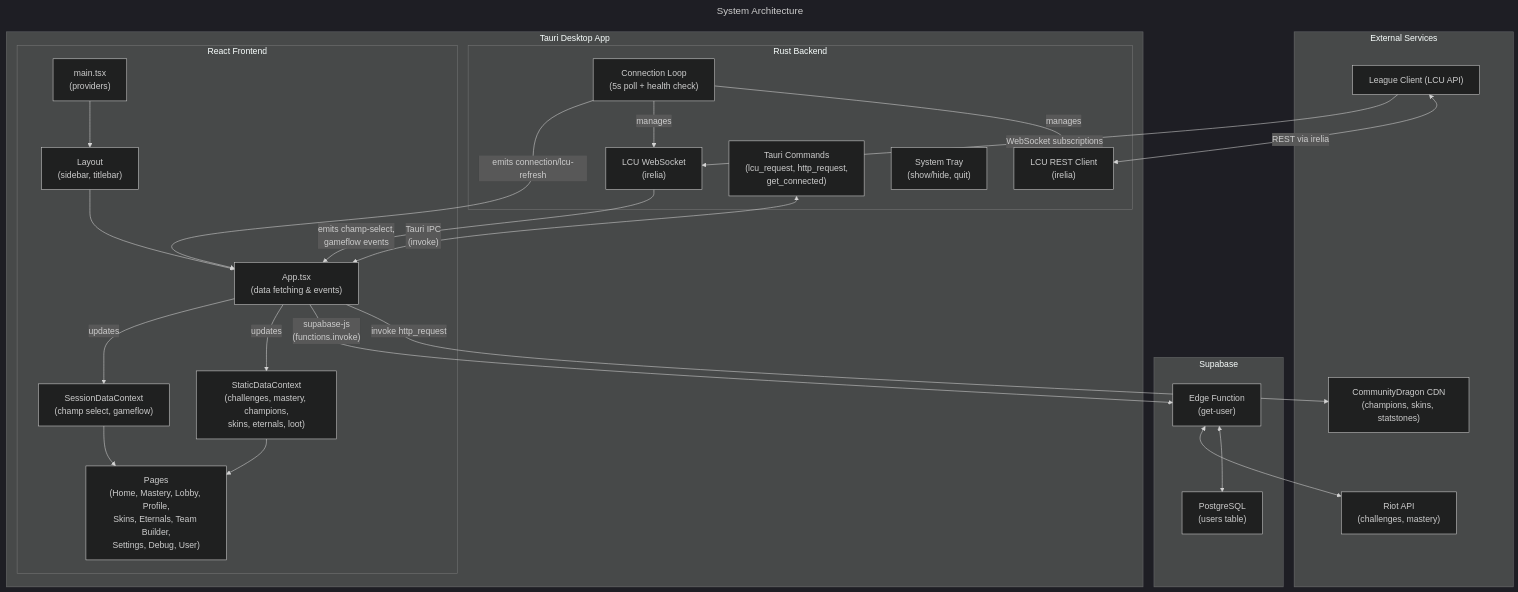
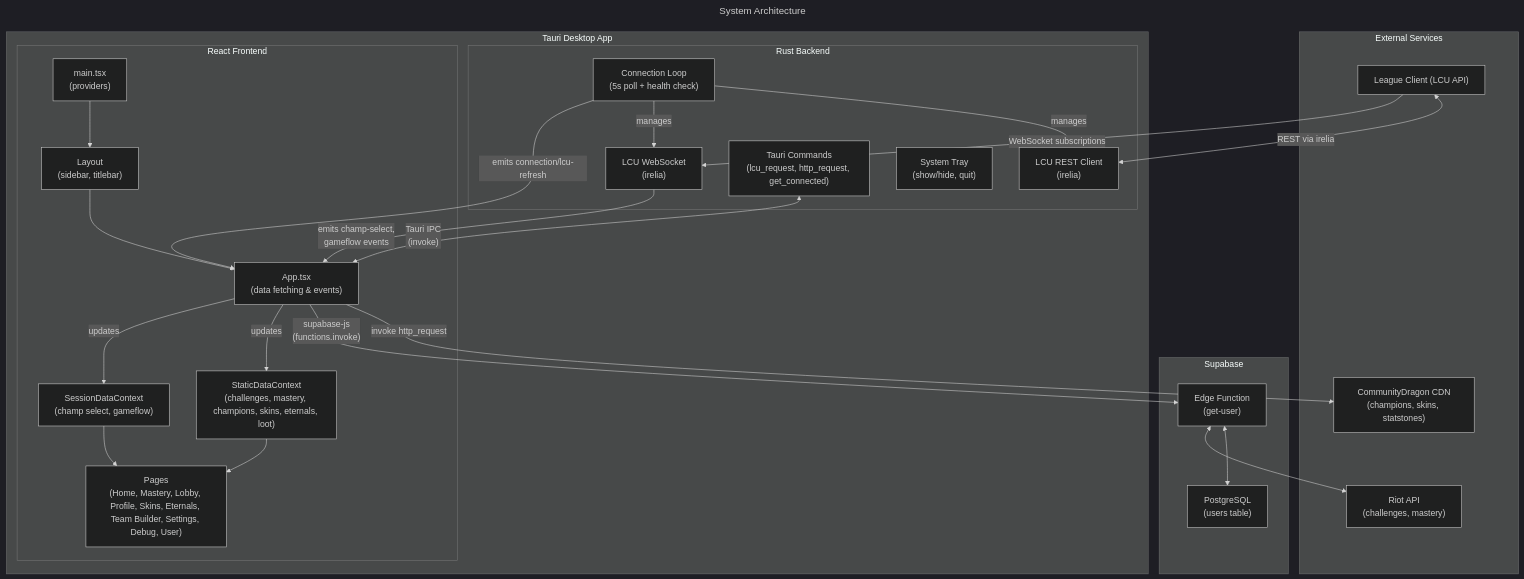
One commit to sivir/crystal changed the first of 3 diagrams in README.md. Above: the diagram before and after it, drawn with Mermaid (dark theme). The commit also changed other lines of this file and 2 other files, not shown here.

Commit message:
get eternals after mastery, show amount of path champs

````diff
--- a/README.md
+++ b/README.md
@@ -22,54 +22,54 @@
 ```mermaid
 ---
 title: System Architecture
 ---
 flowchart TD
     subgraph External["External Services"]
         LCU["League Client (LCU API)"]
         RIOT["Riot API\n(challenges, mastery)"]
         CDRAGON["CommunityDragon CDN\n(champions, skins, statstones)"]
     end
 
     subgraph Supabase["Supabase"]
         EDGE["Edge Function\n(get-user)"]
         PG["PostgreSQL\n(users table)"]
         EDGE <--> PG
         EDGE <--> RIOT
     end
 
     subgraph Tauri["Tauri Desktop App"]
         subgraph Rust["Rust Backend"]
             LCU_REST["LCU REST Client\n(irelia)"]
             LCU_WS["LCU WebSocket\n(irelia)"]
             CONN_LOOP["Connection Loop\n(5s poll + health check)"]
-            CMDS["Tauri Commands\n(lcu_request, http_request,\nget_connected)"]
+            CMDS["Tauri Commands\n(lcu_request, http_request, get_connected)"]
             TRAY["System Tray\n(show/hide, quit)"]
         end
 
         subgraph Frontend["React Frontend"]
             MAIN["main.tsx\n(providers)"]
             APP["App.tsx\n(data fetching & events)"]
-            CTX_STATIC["StaticDataContext\n(challenges, mastery, champions,\nskins, eternals, loot)"]
+            CTX_STATIC["StaticDataContext\n(challenges, mastery, champions, skins, eternals, loot)"]
             CTX_SESSION["SessionDataContext\n(champ select, gameflow)"]
             LAYOUT["Layout\n(sidebar, titlebar)"]
-            PAGES["Pages\n(Home, Mastery, Lobby, Profile,\nSkins, Eternals, Team Builder,\nSettings, Debug, User)"]
+            PAGES["Pages\n(Home, Mastery, Lobby, Profile, Skins, Eternals, Team Builder, Settings, Debug, User)"]
         end
     end
 
     LCU <-->|REST via irelia| LCU_REST
     LCU -->|WebSocket subscriptions| LCU_WS
     CONN_LOOP -->|manages| LCU_REST
     CONN_LOOP -->|manages| LCU_WS
     CONN_LOOP -->|emits connection/lcu-refresh| APP
 
     LCU_WS -->|"emits champ-select,\ngameflow events"| APP
     CMDS <-->|"Tauri IPC\n(invoke)"| APP
 
     APP -->|"invoke http_request"| CDRAGON
     APP -->|"supabase-js\n(functions.invoke)"| EDGE
     APP -->|updates| CTX_STATIC
     APP -->|updates| CTX_SESSION
     CTX_STATIC --> PAGES
     CTX_SESSION --> PAGES
     MAIN --> LAYOUT --> APP
 ```
````
